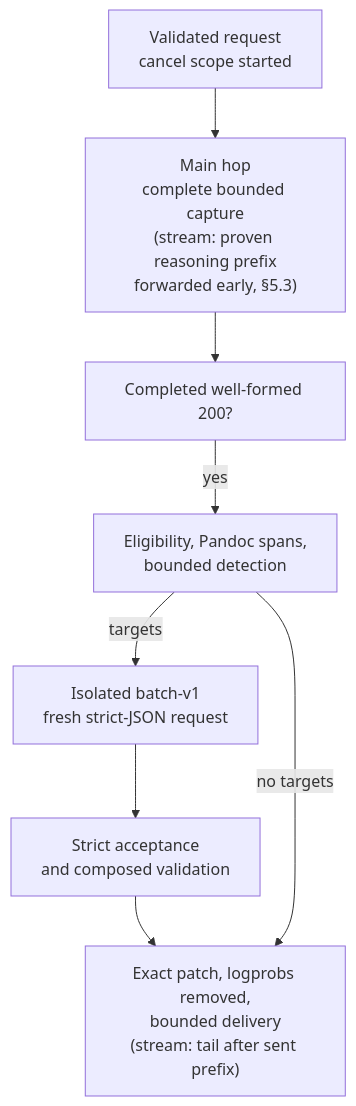
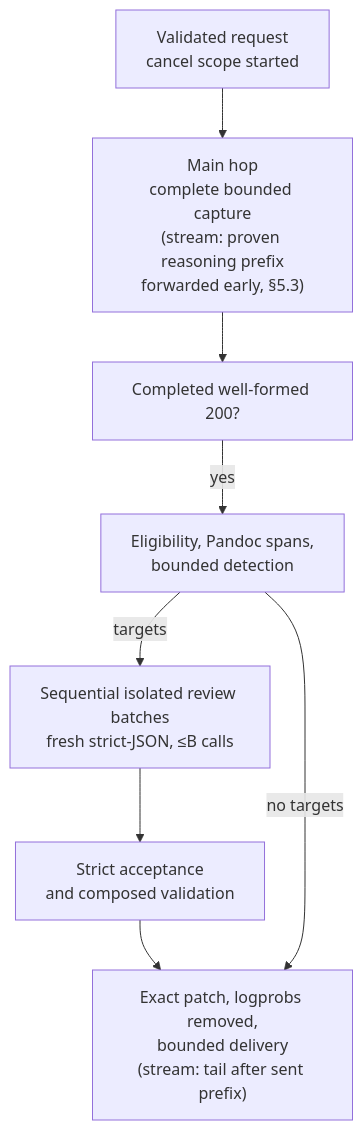
Before and after one commit to ulfe-lmi/slaif-llm-response-language-repair: the third of 5 diagrams in ARCHITECTURE.md, drawn with Mermaid. The commit also changed other lines of this file and 7 other files, not shown here.

Commit message:
040-a docs: ARCHITECTURE 2.3, operator TOML reference, runnable README review paragraph, chain/README/QUICKSTART/STATUS

````diff
--- a/ARCHITECTURE.md
+++ b/ARCHITECTURE.md
@@ -221,15 +205,15 @@
 ```mermaid
 flowchart TD
     v["Validated request<br/>cancel scope started"]
     f["Main hop<br/>complete bounded capture<br/>(stream: proven reasoning prefix<br/>forwarded early, §5.3)"]
     c["Completed well-formed 200?"]
     p["Eligibility, Pandoc spans,<br/>bounded detection"]
-    r["Isolated batch-v1<br/>fresh strict-JSON request"]
+    r["Sequential isolated review batches<br/>fresh strict-JSON, ≤B calls"]
     a["Strict acceptance<br/>and composed validation"]
     d["Exact patch, logprobs removed,<br/>bounded delivery<br/>(stream: tail after sent prefix)"]
 
     v --> f --> c
     c -->|yes| p
     p -->|targets| r --> a --> d
     p -->|no targets| d
 ```
````
